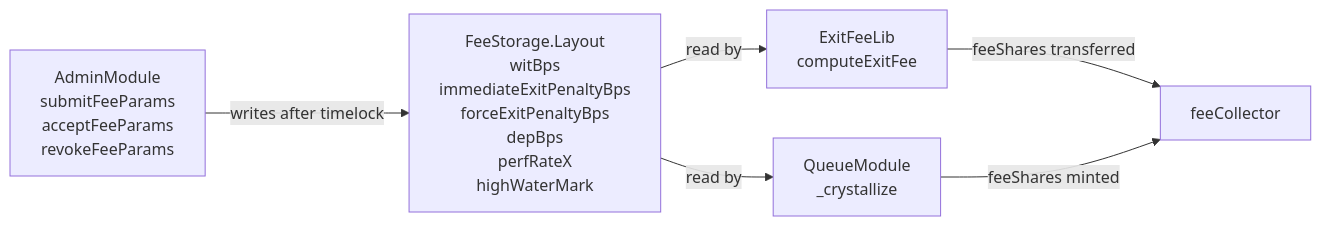
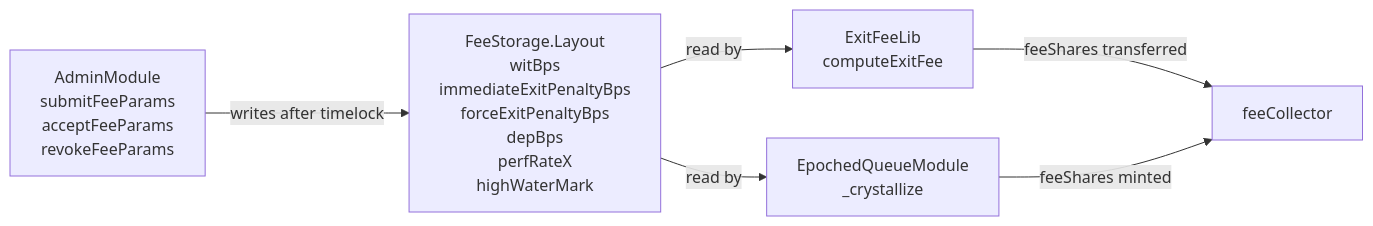
Before and after one commit to Multyr/multyr-core: the first of 2 diagrams in docs/fee-policy.md, drawn with Mermaid. The commit also changed other lines of this file and 6 other files, not shown here.

````diff
--- a/docs/fee-policy.md
+++ b/docs/fee-policy.md
@@ -28,10 +28,10 @@
 ```mermaid
 flowchart LR
     A[FeeStorage.Layout\nwitBps\nimmediateExitPenaltyBps\nforceExitPenaltyBps\ndepBps\nperfRateX\nhighWaterMark] -->|read by| EFL[ExitFeeLib\ncomputeExitFee]
-    A -->|read by| QM[QueueModule\n_crystallize]
+    A -->|read by| QM[EpochedQueueModule\n_crystallize]
 
     EFL -->|feeShares transferred| FC[feeCollector]
     QM -->|feeShares minted| FC
 
     ADM[AdminModule\nsubmitFeeParams\nacceptFeeParams\nrevokeFeeParams] -->|writes after timelock| A
 ```
````
